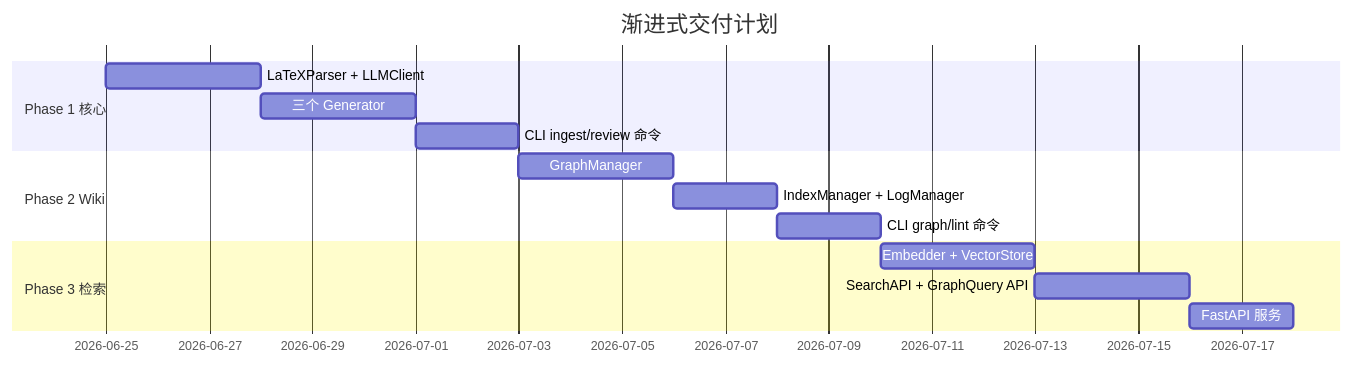
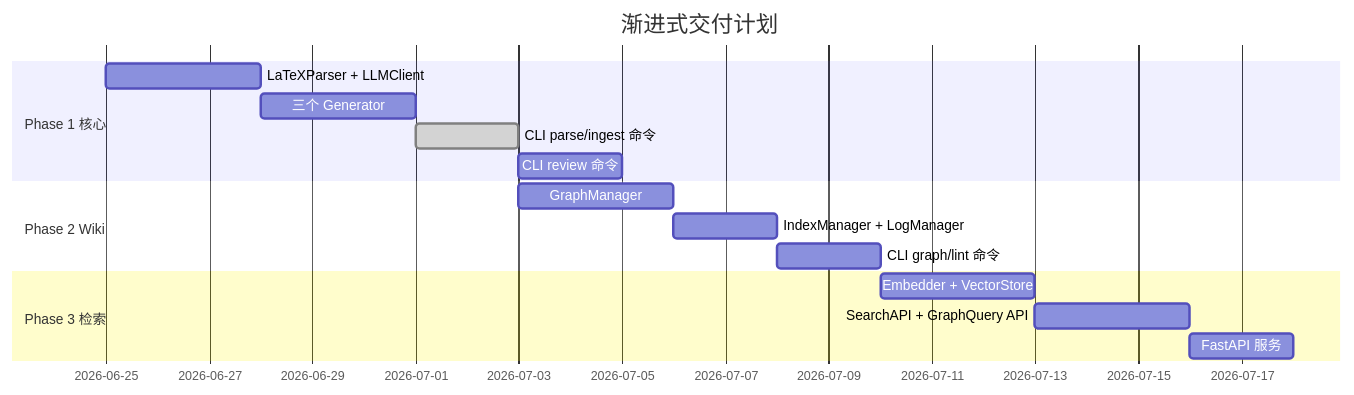
Diagram 15 of 15 in docs/Paper-Wiki 技术方案_v1.md (Szy5/ResearchWorkSpace), drawn with Mermaid before and after one commit. The commit also changed other lines of this file and 32 other files, not shown here.

Commit message:
Update project configuration and documentation: Added Neo4j and PyMuPDF dependencies, improved .gitignore, and enhanced AGENTS.md for documentation maintenance. Updated README for clarity and added new CLI commands for graph planning and ingestion of multiple papers.

````diff
--- a/docs/Paper-Wiki 技术方案_v1.md
+++ b/docs/Paper-Wiki 技术方案_v1.md
@@ -744,19 +775,20 @@
 ```mermaid
 gantt
     title 渐进式交付计划
     dateFormat  YYYY-MM-DD
     section Phase 1 核心
     LaTeXParser + LLMClient         :p1a, 2026-06-25, 3d
     三个 Generator                   :p1b, after p1a, 3d
-    CLI ingest/review 命令           :p1c, after p1b, 2d
+    CLI parse/ingest 命令            :done, p1c, after p1b, 2d
+    CLI review 命令                  :p1d, after p1c, 2d
 
     section Phase 2 Wiki
     GraphManager                    :p2a, after p1c, 3d
     IndexManager + LogManager       :p2b, after p2a, 2d
     CLI graph/lint 命令              :p2c, after p2b, 2d
 
     section Phase 3 检索
     Embedder + VectorStore          :p3a, after p2c, 3d
     SearchAPI + GraphQuery API      :p3b, after p3a, 3d
     FastAPI 服务                    :p3c, after p3b, 2d
 ```
````
